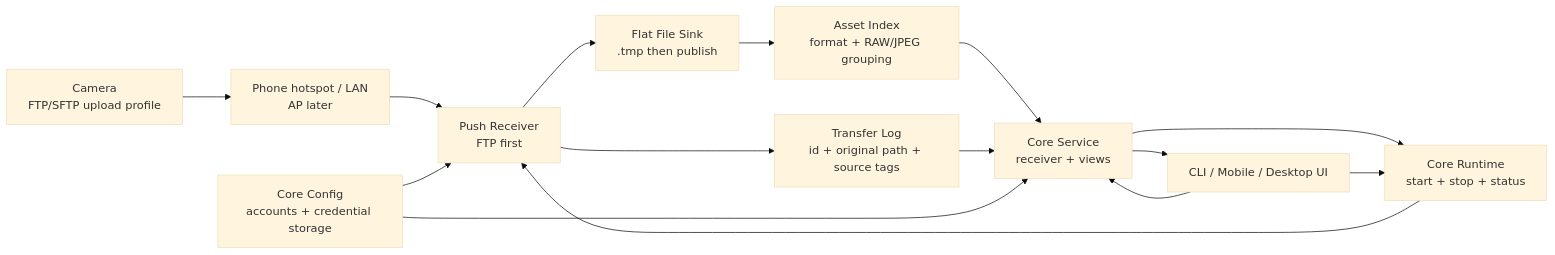
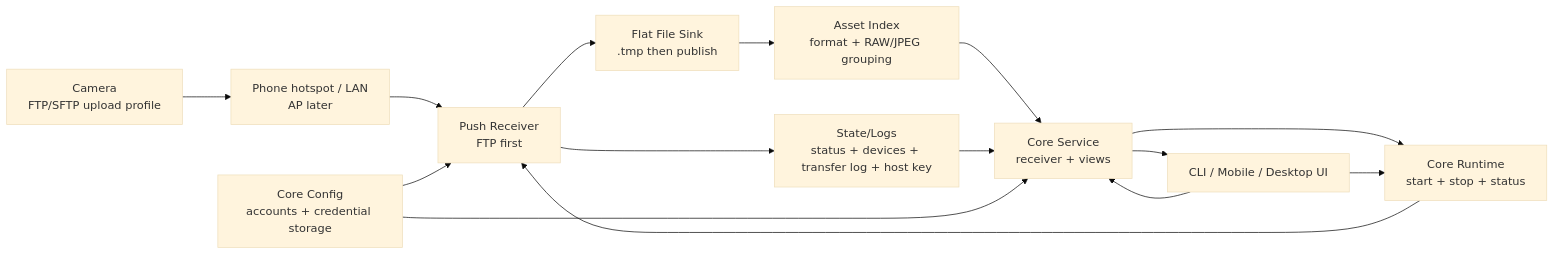
Before and after one commit to CrazyNB/camera_connector: the diagram in docs/product/PRD.md, drawn with Mermaid (base theme). The commit also changed other lines of this file and 17 other files, not shown here.

````diff
--- a/docs/product/PRD.md
+++ b/docs/product/PRD.md
@@ -129,21 +131,21 @@
 ```mermaid
 flowchart LR
   Camera["Camera\nFTP/SFTP upload profile"]
   Network["Phone hotspot / LAN\nAP later"]
   Receiver["Push Receiver\nFTP first"]
   Sink["Flat File Sink\n.tmp then publish"]
-  Log["Transfer Log\nid + original path + source tags"]
+  State["State/Logs\nstatus + devices + transfer log + host key"]
   Index["Asset Index\nformat + RAW/JPEG grouping"]
   CoreConfig["Core Config\naccounts + credential storage"]
   Service["Core Service\nreceiver + views"]
   Runtime["Core Runtime\nstart + stop + status"]
   UI["CLI / Mobile / Desktop UI"]
 
   Camera --> Network --> Receiver --> Sink --> Index --> Service --> UI
-  Receiver --> Log --> Service
+  Receiver --> State --> Service
   CoreConfig --> Receiver
   CoreConfig --> Service
   Service --> Runtime --> Receiver
   UI --> Service
   UI --> Runtime
 ```
````
